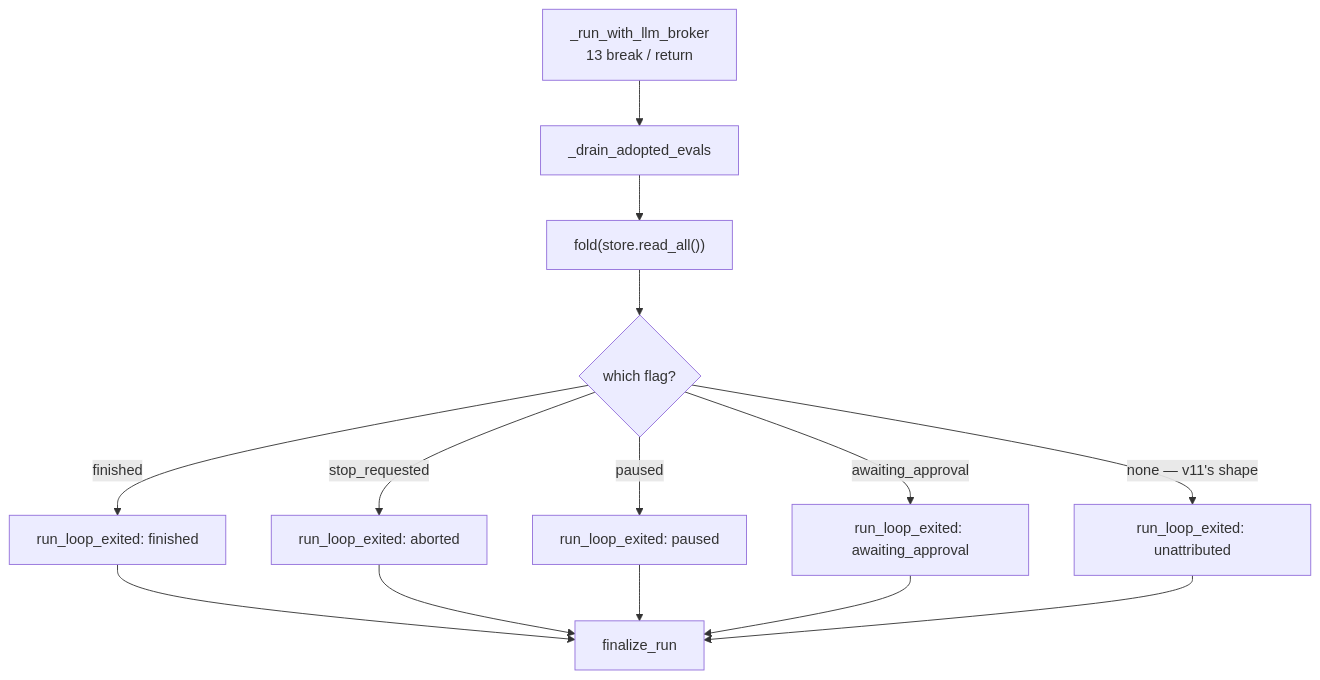
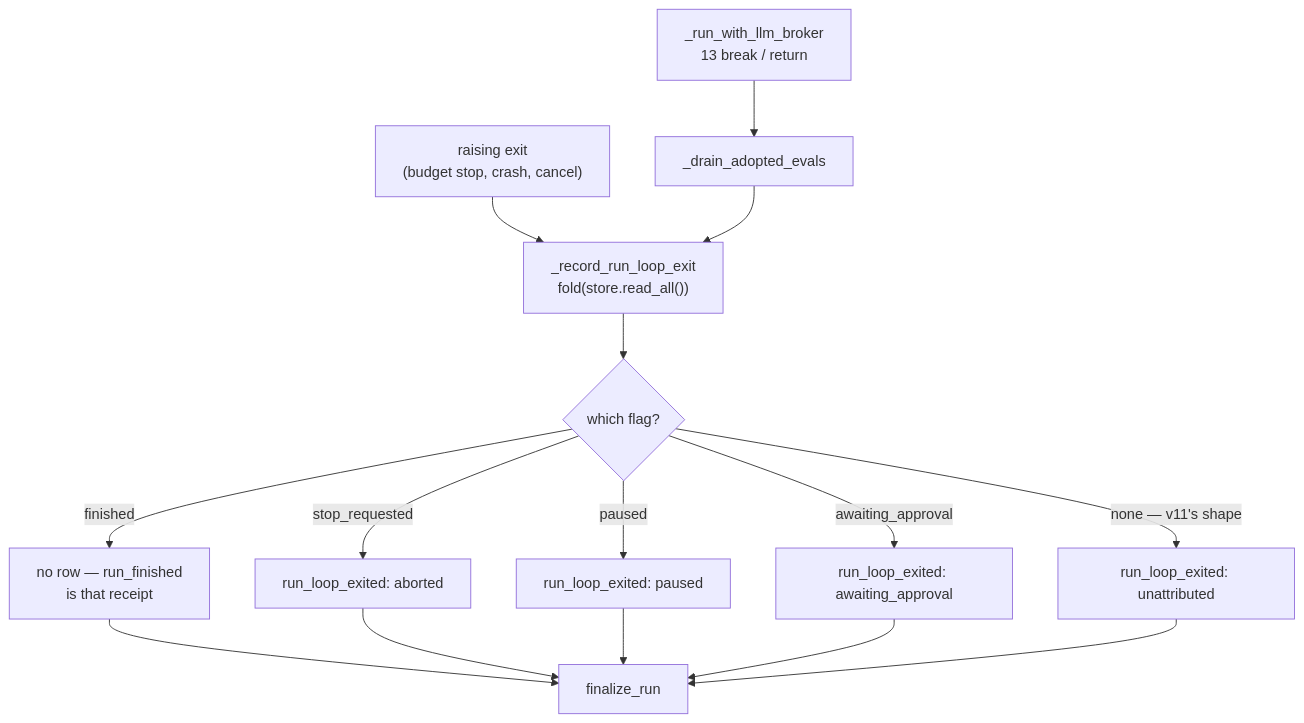
Before and after one commit to ArtyomZemlyak/looplab: the fourth of 6 diagrams in docs/guide/architecture.md, drawn with Mermaid. The commit also changed other lines of this file and 34 other files, not shown here.

````diff
--- a/docs/guide/architecture.md
+++ b/docs/guide/architecture.md
@@ -246,16 +253,17 @@
 ```mermaid
 flowchart TB
   L["_run_with_llm_broker<br/>13 break / return"] --> D["_drain_adopted_evals"]
-  D --> R["fold(store.read_all())"]
+  X["raising exit<br/>(budget stop, crash, cancel)"] --> R
+  D --> R["_record_run_loop_exit<br/>fold(store.read_all())"]
   R --> Q{"which flag?"}
-  Q -->|finished| F["run_loop_exited: finished"]
+  Q -->|"finished"| F["no row — run_finished<br/>is that receipt"]
   Q -->|stop_requested| A2["run_loop_exited: aborted"]
   Q -->|paused| P["run_loop_exited: paused"]
   Q -->|awaiting_approval| W["run_loop_exited: awaiting_approval"]
   Q -->|"none — v11's shape"| U["run_loop_exited: unattributed"]
   F --> FIN["finalize_run"]
   A2 --> FIN
   P --> FIN
   W --> FIN
   U --> FIN
 ```
````
